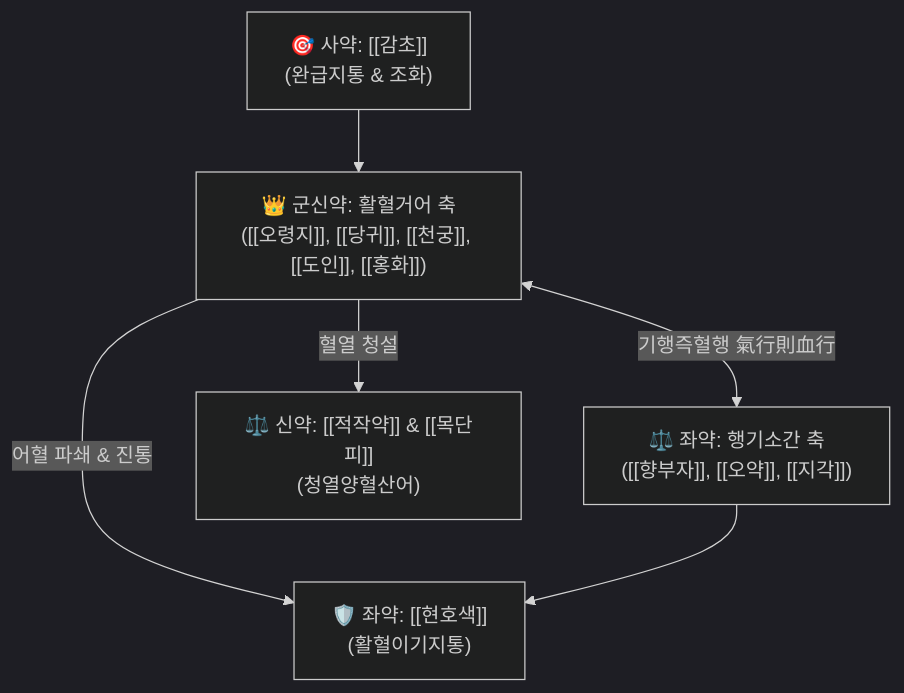
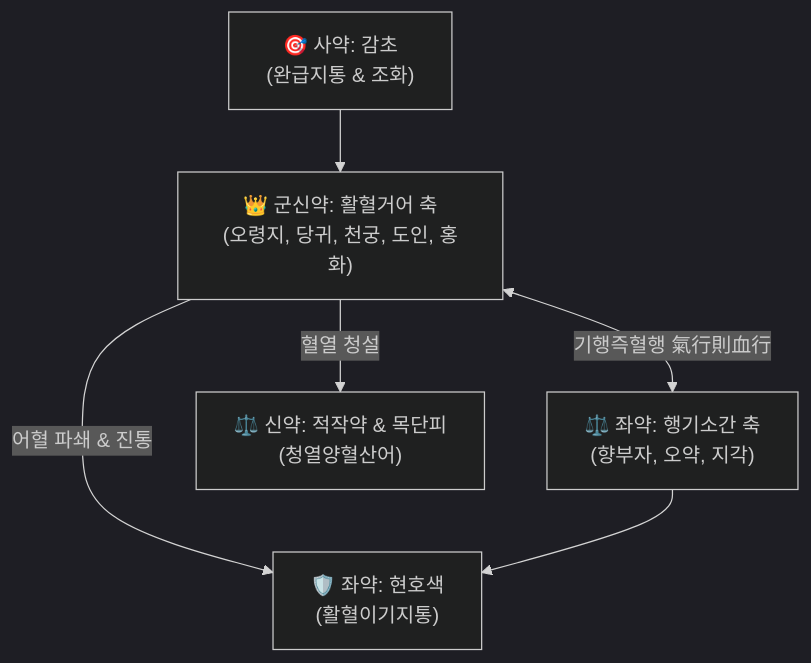
Before and after one commit to simbio11/simbio-digital-garden2: the diagram in content/2. 약리 공부/처방/05_활혈거어·지혈제/격하축어탕.md, drawn with Mermaid (dark theme). The commit also changed other lines of this file and 122 other files, not shown here.

````diff
--- a/content/2. 약리 공부/처방/05_활혈거어·지혈제/격하축어탕.md
+++ b/content/2. 약리 공부/처방/05_활혈거어·지혈제/격하축어탕.md
@@ -68,8 +69,8 @@
 ```mermaid
 graph TD
-    HY["👑 군신약: 활혈거어 축<br>([[오령지]], [[당귀]], [[천궁]], [[도인]], [[홍화]])"] <-->|기행즉혈행 氣行則血行| RQ["⚖️ 좌약: 행기소간 축<br>([[향부자]], [[오약]], [[지각]])"]
-    HY -->|어혈 파쇄 & 진통| HS["🛡️ 좌약: [[현호색]]<br>(활혈이기지통)"]
-    HY -->|혈열 청설| MP["⚖️ 신약: [[적작약]] & [[목단피]]<br>(청열양혈산어)"]
+    HY["👑 군신약: 활혈거어 축<br>(오령지, 당귀, 천궁, 도인, 홍화)"] <-->|기행즉혈행 氣行則血行| RQ["⚖️ 좌약: 행기소간 축<br>(향부자, 오약, 지각)"]
+    HY -->|어혈 파쇄 & 진통| HS["🛡️ 좌약: 현호색<br>(활혈이기지통)"]
+    HY -->|혈열 청설| MP["⚖️ 신약: 적작약 & 목단피<br>(청열양혈산어)"]
     RQ --> HS
-    GC["🎯 사약: [[감초]]<br>(완급지통 & 조화)"] --> HY
+    GC["🎯 사약: 감초<br>(완급지통 & 조화)"] --> HY
 ```
````
